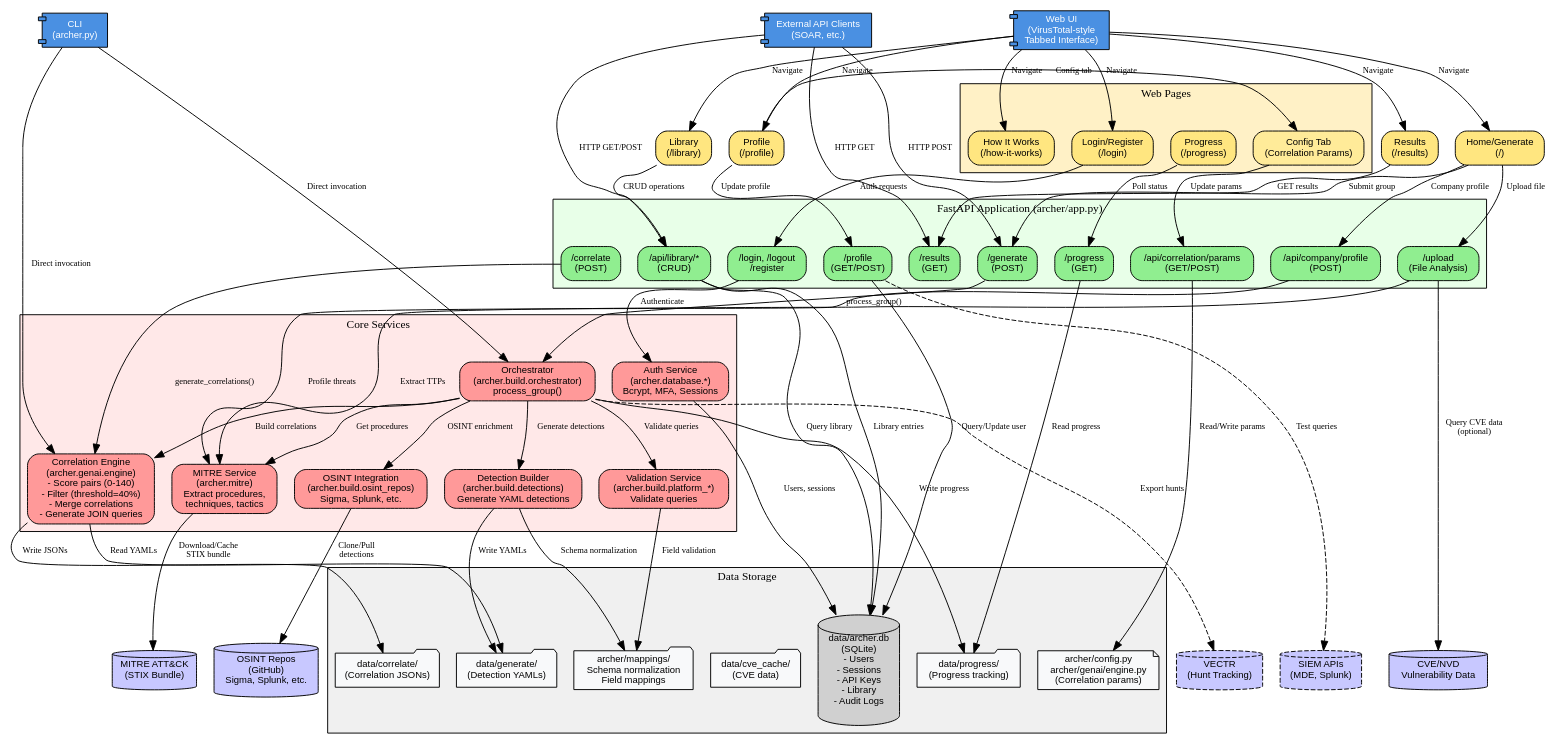
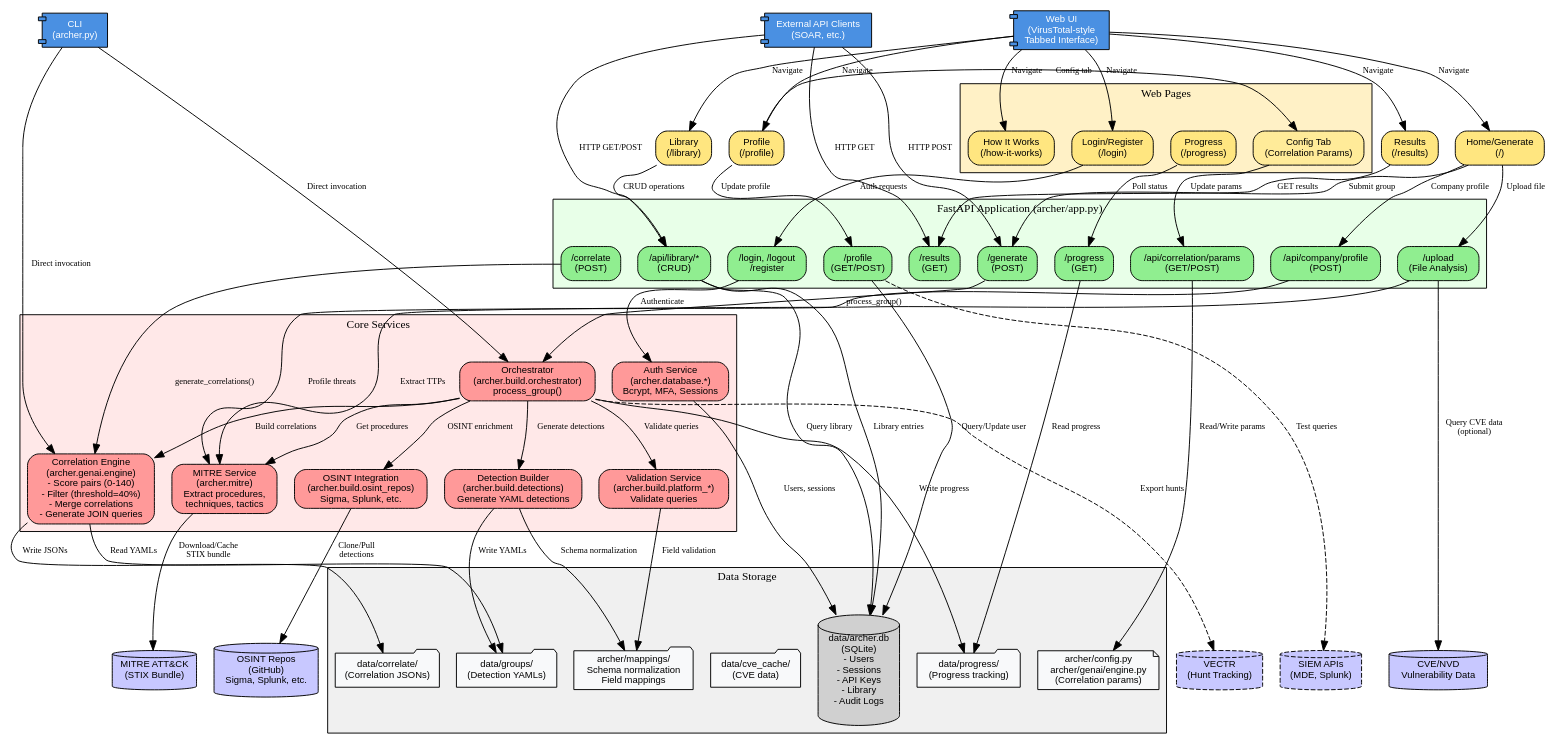
Before and after one commit to cmdaltr/shikari: the diagram in docs/architecture/diagrams/flow/archer_flow.dot, drawn with Graphviz. The commit also changed 22 other files, not shown here.

Commit message:
changed generate to groups

```diff
--- a/docs/architecture/diagrams/flow/archer_flow.dot
+++ b/docs/architecture/diagrams/flow/archer_flow.dot
@@ -105,7 +105,7 @@
     fontsize=12;
 
     // File storage
-    generate_dir [label="data/generate/\n(Detection YAMLs)", shape=folder];
+    generate_dir [label="data/groups/\n(Detection YAMLs)", shape=folder];
     correlate_dir [label="data/correlate/\n(Correlation JSONs)", shape=folder];
     progress_dir [label="data/progress/\n(Progress tracking)", shape=folder];
     cve_cache [label="data/cve_cache/\n(CVE data)", shape=folder];
```
